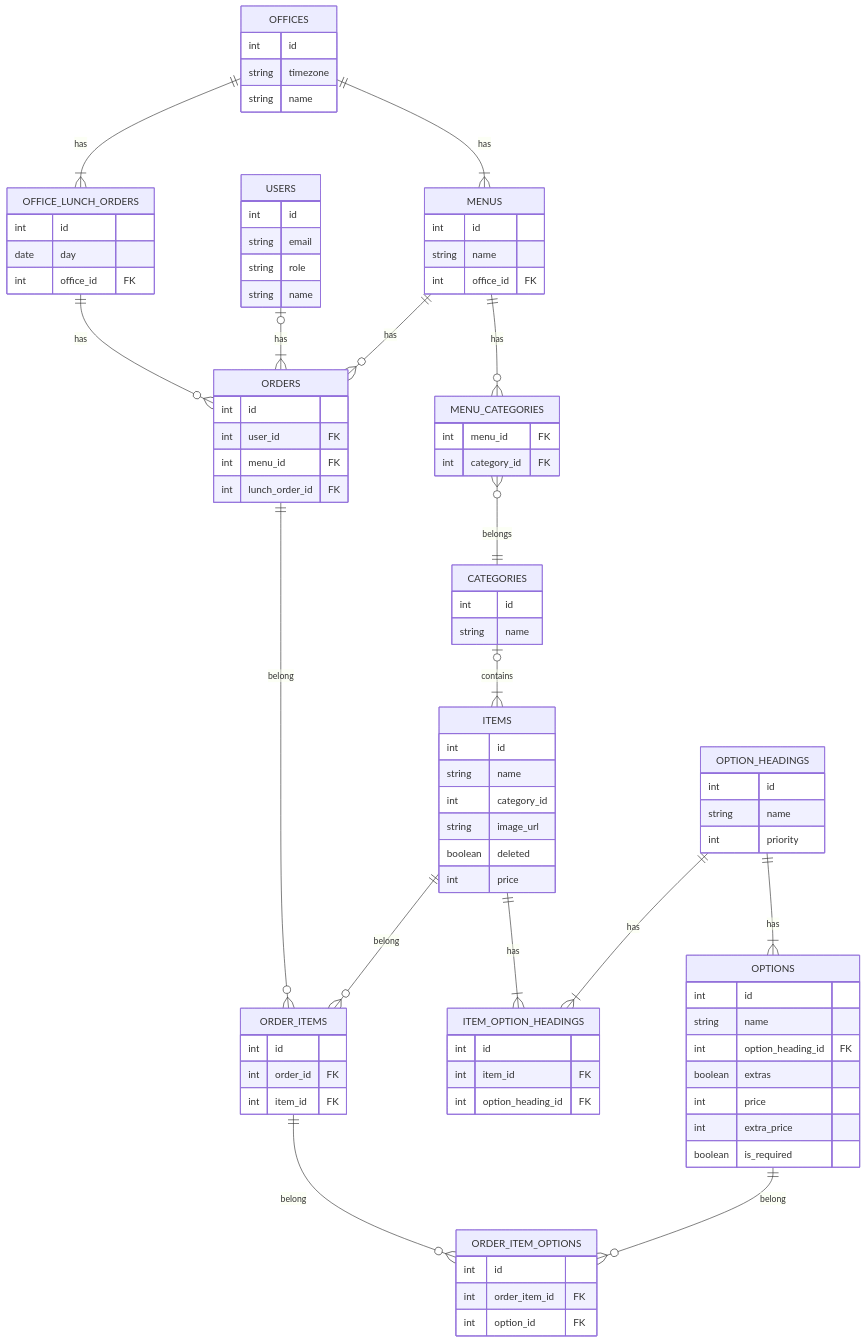
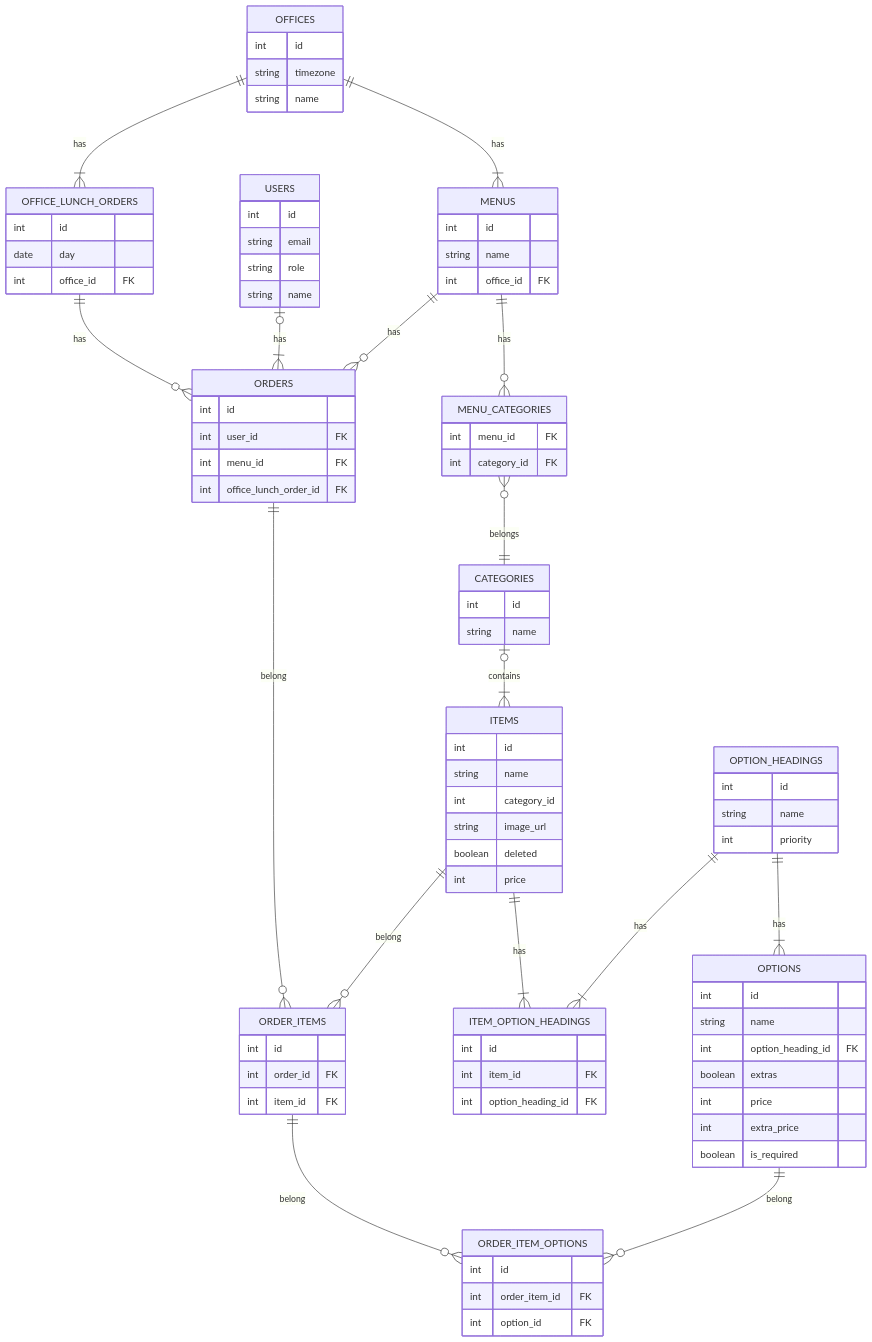
The diagram in README_Lunchbot.md (mojotech/lunchbot), drawn with Mermaid before and after one commit. The commit also changed 11 other files, not shown here.

```diff
--- a/README_Lunchbot.md
+++ b/README_Lunchbot.md
@@ -37,7 +37,7 @@
       int id
       int user_id FK
       int menu_id FK
-      int lunch_order_id FK
+      int office_lunch_order_id FK
     }
     ORDER_ITEMS {
         int id
```
